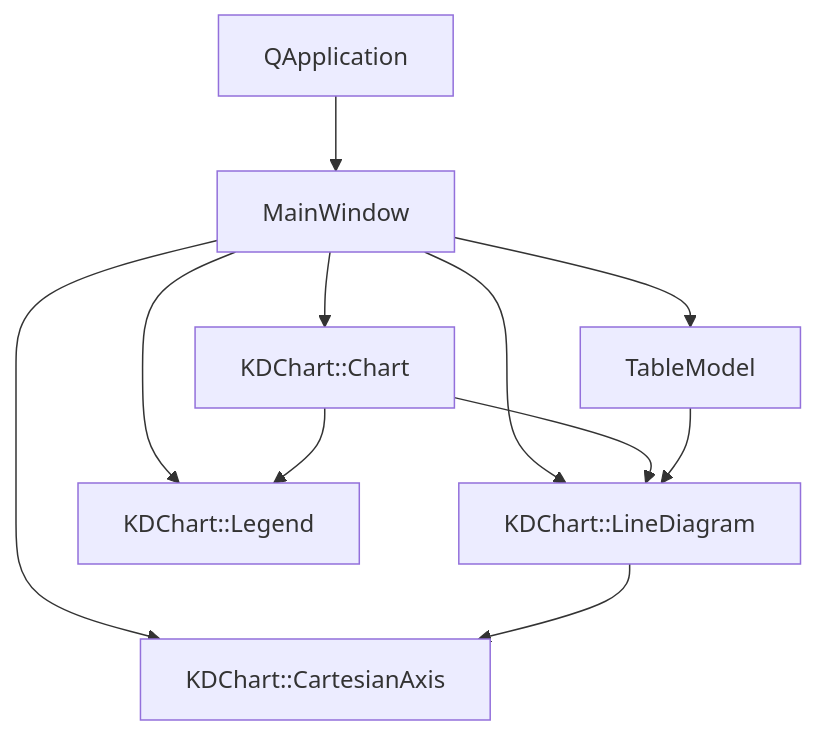
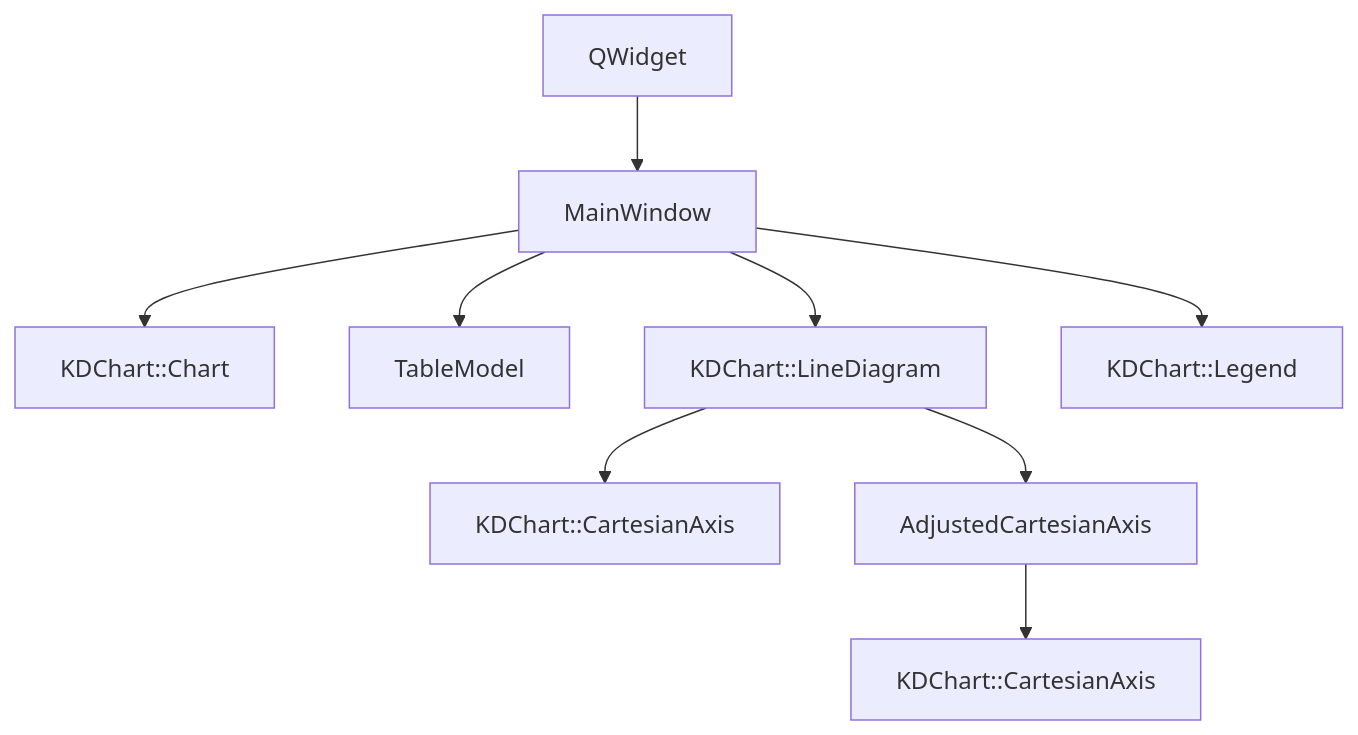
The first of 2 diagrams in examples/Axis/Labels/README.md (cheng25/KDChart), drawn with Mermaid before and after one commit. The commit also changed other lines of this file and 131 other files, not shown here.

````diff
--- a/examples/Axis/Labels/README.md
+++ b/examples/Axis/Labels/README.md
@@ -53,13 +41,11 @@
 ```mermaid
 graph TD
-    A[QApplication] --> B[MainWindow]
+    A[QWidget] --> B[MainWindow]
     B --> C[KDChart::Chart]
     B --> D[TableModel]
     B --> E[KDChart::LineDiagram]
-    B --> F[KDChart::CartesianAxis]
-    B --> G[KDChart::Legend]
-    E --> F
-    C --> E
-    C --> G
-    D --> E
+    E --> F[KDChart::CartesianAxis]
+    E --> G[AdjustedCartesianAxis]
+    G --> H[KDChart::CartesianAxis]
+    B --> I[KDChart::Legend]
 ```
````
